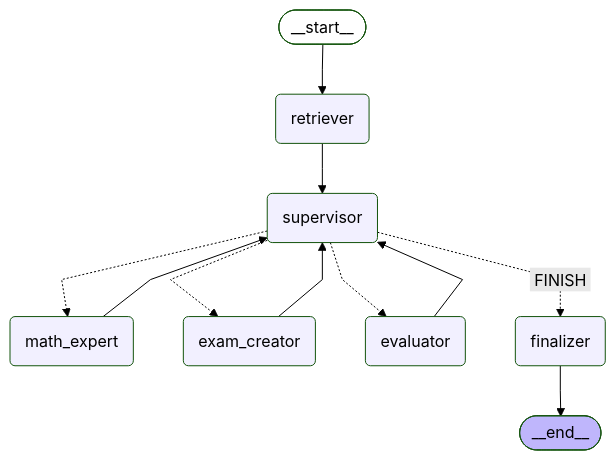
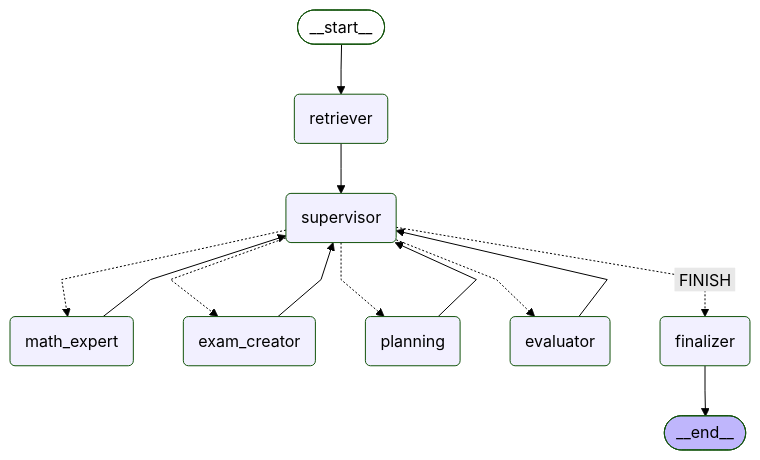
One commit to Javi111003/OlivIA-RAG changed the diagram in graph_visualization.md. Above: the diagram before and after it, drawn with Mermaid (forest theme). The commit also changed 11 other files, not shown here.

````diff
--- a/graph_visualization.md
+++ b/graph_visualization.md
@@ -3,30 +3,33 @@
 ```mermaid
 ---
 config:
   flowchart:
     curve: linear
 ---
 graph TD;
 	__start__([<p>__start__</p>]):::first
 	retriever(retriever)
 	supervisor(supervisor)
 	math_expert(math_expert)
 	exam_creator(exam_creator)
+	planning(planning)
 	evaluator(evaluator)
 	finalizer(finalizer)
 	__end__([<p>__end__</p>]):::last
 	__start__ --> retriever;
 	evaluator --> supervisor;
 	exam_creator --> supervisor;
 	math_expert --> supervisor;
+	planning --> supervisor;
 	retriever --> supervisor;
 	supervisor -.-> evaluator;
 	supervisor -.-> exam_creator;
 	supervisor -. &nbsp;FINISH&nbsp; .-> finalizer;
 	supervisor -.-> math_expert;
+	supervisor -.-> planning;
 	finalizer --> __end__;
 	classDef default fill:#f2f0ff,line-height:1.2
 	classDef first fill-opacity:0
 	classDef last fill:#bfb6fc
 
 ```
````
